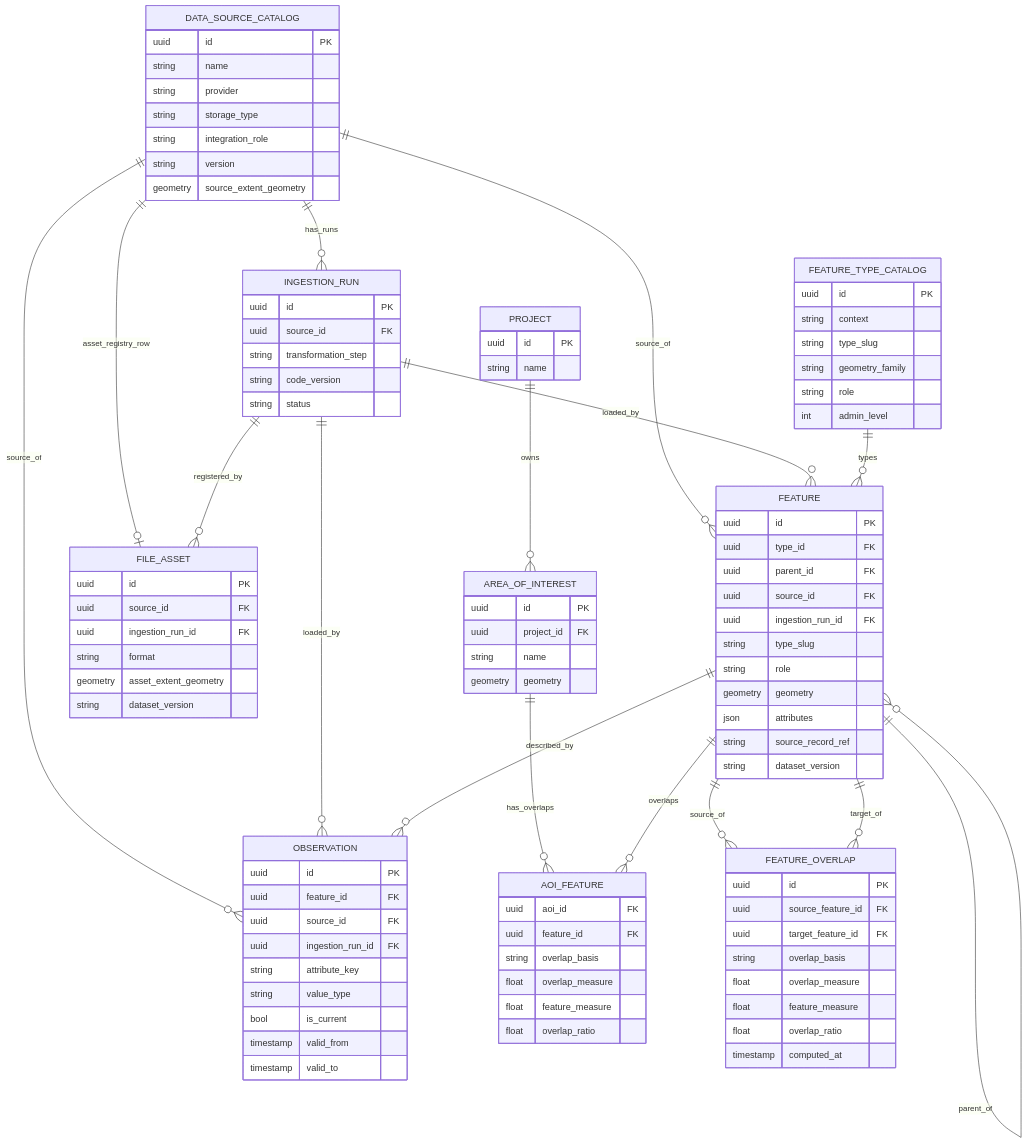
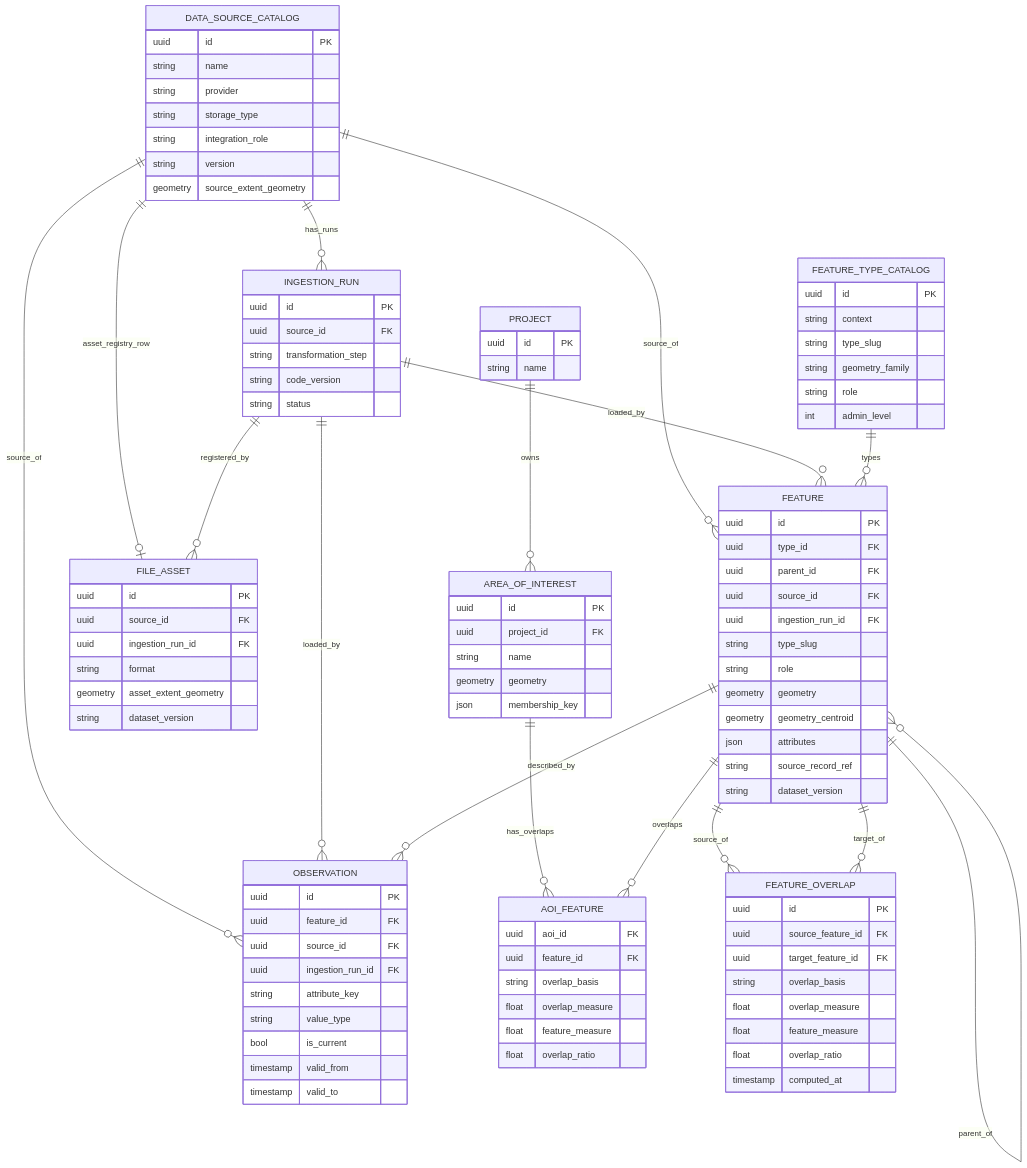
One commit to rschifan/reimagina-evo changed the first of 2 diagrams in docs/architecture/DATA_LAYER.md. Above: the diagram before and after it, drawn with Mermaid. The commit also changed other lines of this file and 15 other files, not shown here.

```diff
--- a/docs/architecture/DATA_LAYER.md
+++ b/docs/architecture/DATA_LAYER.md
@@ -184,6 +201,7 @@
     string type_slug
     string role
     geometry geometry
+    geometry geometry_centroid
     json attributes
     string source_record_ref
     string dataset_version
@@ -215,6 +233,7 @@
     uuid project_id FK
     string name
     geometry geometry
+    json membership_key
   }
 
   AOI_FEATURE {
```
